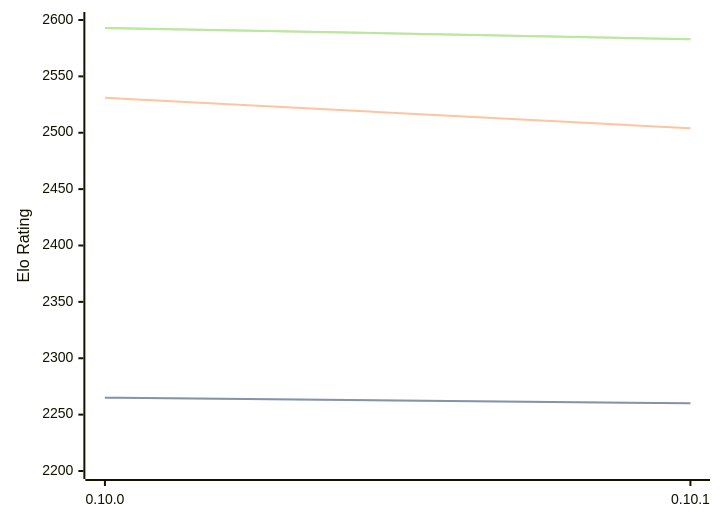
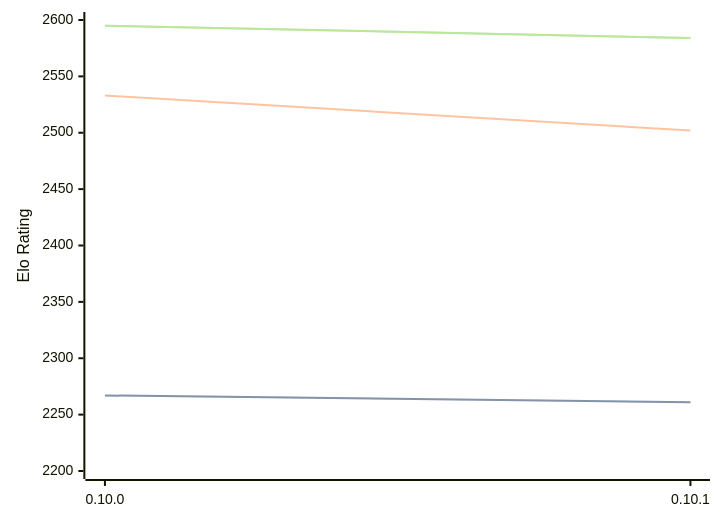
Before and after one commit to computer-chess-index/cci: the first of 3 diagrams in engines/Fatalii.md, drawn with Mermaid. The commit also changed other lines of this file, not shown here.

Commit message:
Update CCI Ratings (ELO VLTC) - 2026-06-23

````diff
--- a/engines/Fatalii.md
+++ b/engines/Fatalii.md
@@ -46,11 +46,11 @@
 ```mermaid
 %%{init: {"theme":"base","themeVariables":{"seriesColors:['#a3a3a3','#222221','#faa371']}}}%%
 xychart-beta
   x-axis ["0.10.0", "0.10.1"]
   y-axis "Elo Rating" 2200 --> 2600
-  line "STC (8.0+0.08s)" [2265, 2260]
-  line "STC (8.0+0.08s)" [2265, 2260]
-  line "LTC (60.0+0.60s)" [2531, 2504]
-  line "VLTC (2m24s+1.12s)" [2593, 2583]
-  line "VLTC (2m24s+1.12s)" [2593, 2583]
+  line "STC (8.0+0.08s)" [2267, 2261]
+  line "STC (8.0+0.08s)" [2267, 2261]
+  line "LTC (60.0+0.60s)" [2533, 2502]
+  line "VLTC (2m24s+1.12s)" [2595, 2584]
+  line "VLTC (2m24s+1.12s)" [2595, 2584]
 ```
````
